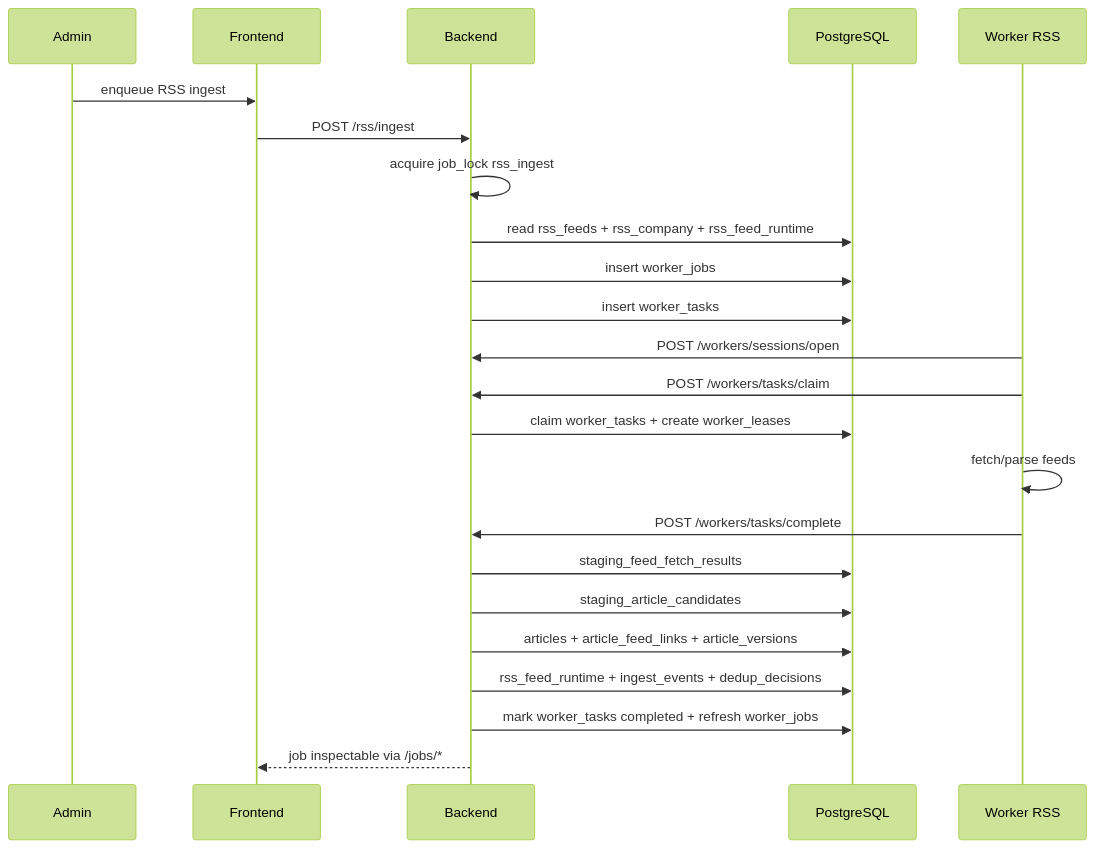
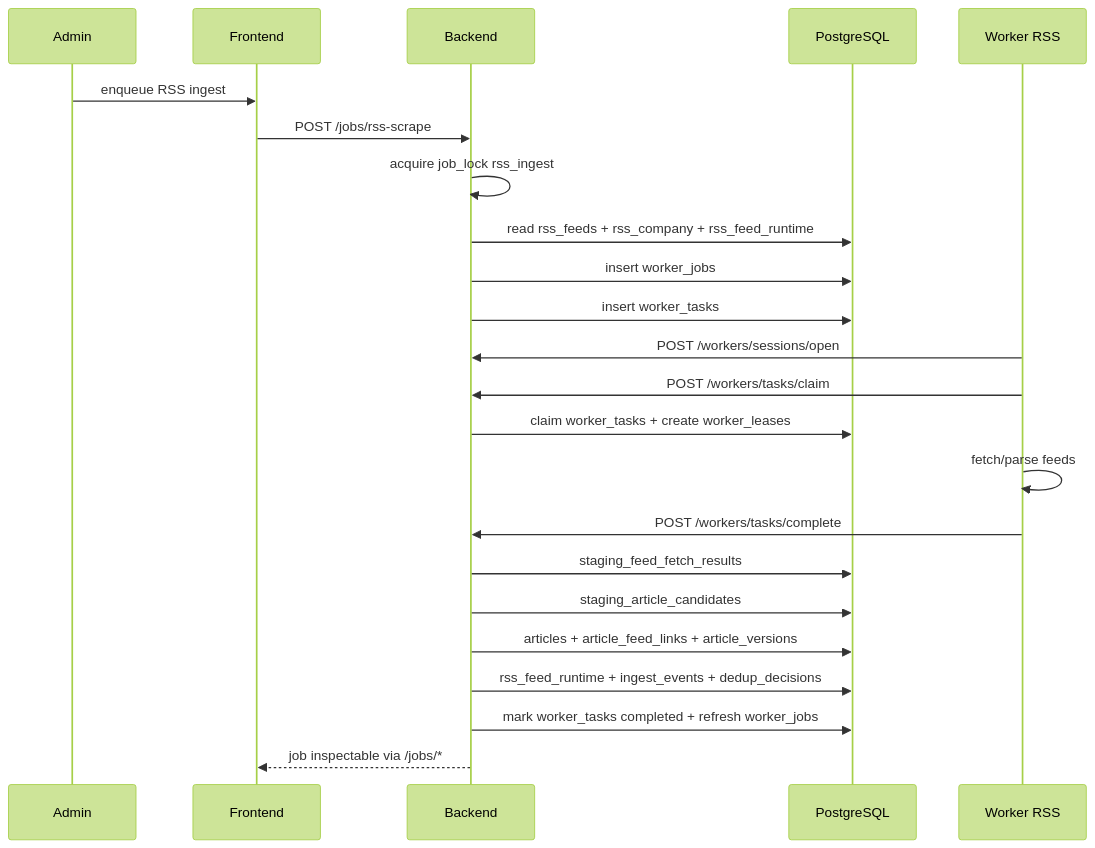
One commit to Manifeed/docs changed the fourth of 6 diagrams in backend/backend.md. Above: the diagram before and after it, drawn with Mermaid (forest theme). The commit also changed other lines of this file and 7 other files, not shown here.

````diff
--- a/backend/backend.md
+++ b/backend/backend.md
@@ -180,26 +180,26 @@
 ```mermaid
 sequenceDiagram
     participant Admin
     participant Front as Frontend
     participant API as Backend
     participant DB as PostgreSQL
     participant Worker as Worker RSS
 
     Admin->>Front: enqueue RSS ingest
-    Front->>API: POST /rss/ingest
+    Front->>API: POST /jobs/rss-scrape
     API->>API: acquire job_lock rss_ingest
     API->>DB: read rss_feeds + rss_company + rss_feed_runtime
     API->>DB: insert worker_jobs
     API->>DB: insert worker_tasks
     Worker->>API: POST /workers/sessions/open
     Worker->>API: POST /workers/tasks/claim
     API->>DB: claim worker_tasks + create worker_leases
     Worker->>Worker: fetch/parse feeds
     Worker->>API: POST /workers/tasks/complete
     API->>DB: staging_feed_fetch_results
     API->>DB: staging_article_candidates
     API->>DB: articles + article_feed_links + article_versions
     API->>DB: rss_feed_runtime + ingest_events + dedup_decisions
     API->>DB: mark worker_tasks completed + refresh worker_jobs
     API-->>Front: job inspectable via /jobs/*
 ```
````
